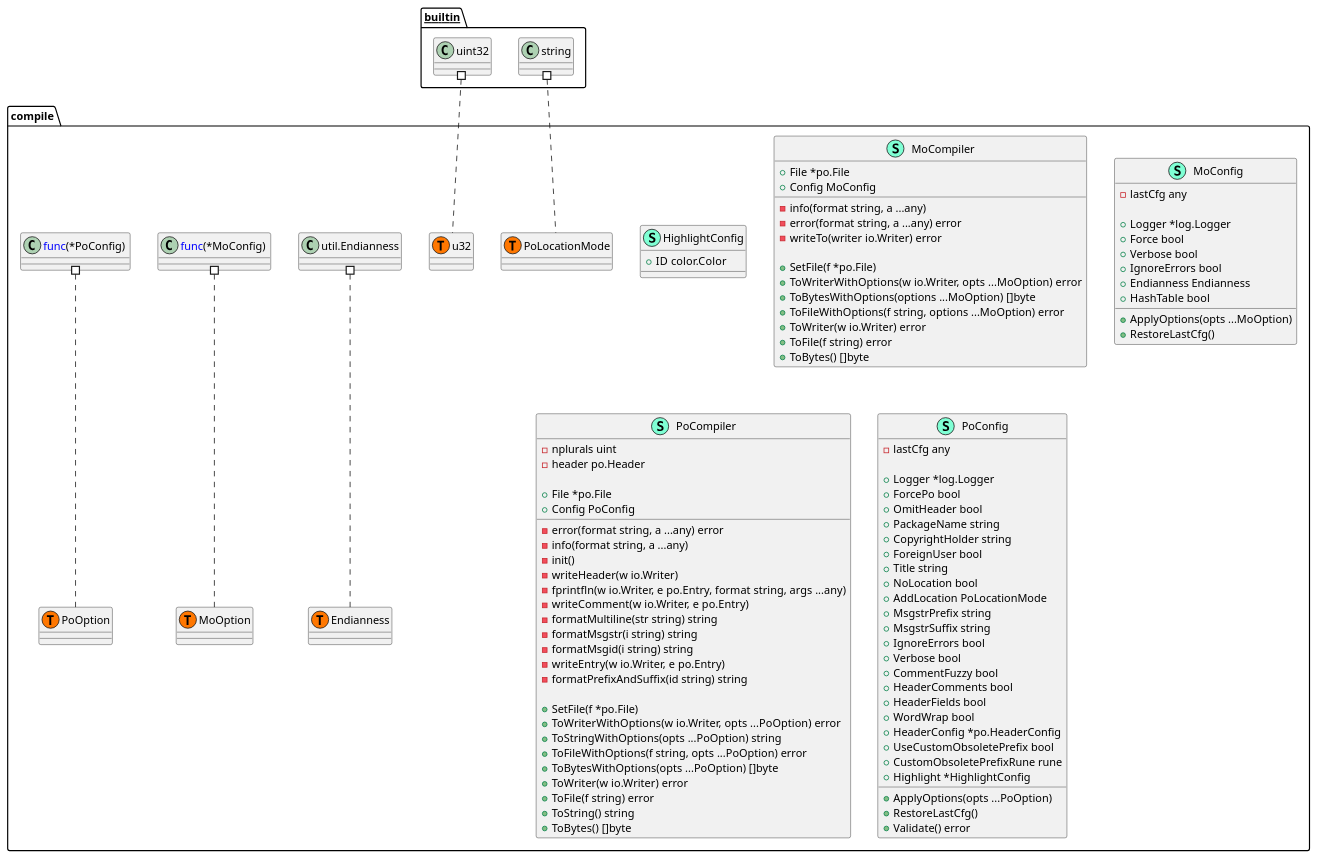
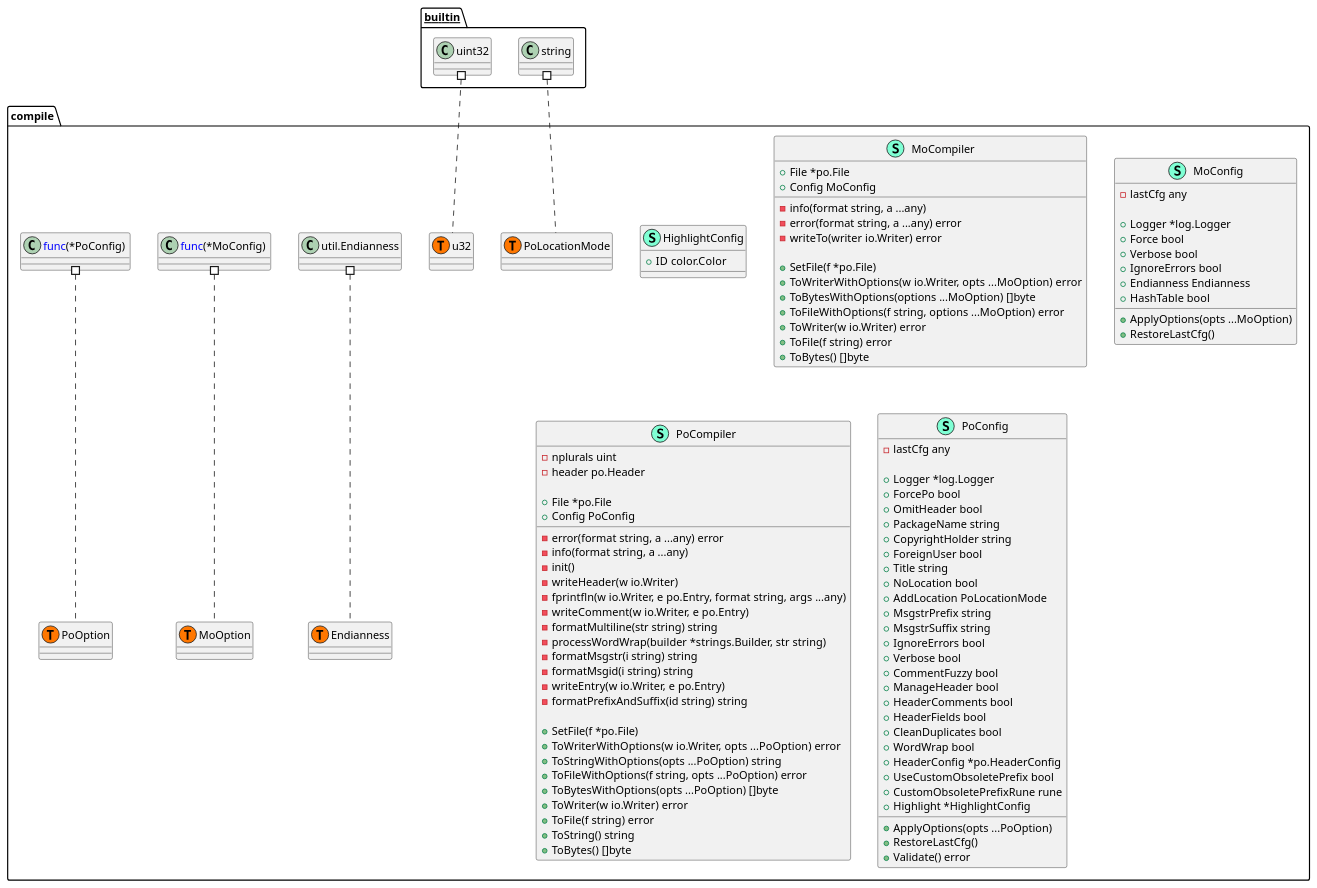
The diagram in pkg/po/compile/structure.puml (Tom5521/gotext-tools), drawn with PlantUML before and after one commit. The commit also changed 9 other files, not shown here.

```diff
--- a/pkg/po/compile/structure.puml
+++ b/pkg/po/compile/structure.puml
@@ -1,119 +1,122 @@
 @startuml
 namespace compile {
     class HighlightConfig << (S,Aquamarine) >> {
         + ID color.Color
 
     }
     class MoCompiler << (S,Aquamarine) >> {
         + File *po.File
         + Config MoConfig
 
         - info(format string, a ...any) 
         - error(format string, a ...any) error
         - writeTo(writer io.Writer) error
 
         + SetFile(f *po.File) 
         + ToWriterWithOptions(w io.Writer, opts ...MoOption) error
         + ToBytesWithOptions(options ...MoOption) []byte
         + ToFileWithOptions(f string, options ...MoOption) error
         + ToWriter(w io.Writer) error
         + ToFile(f string) error
         + ToBytes() []byte
 
     }
     class MoConfig << (S,Aquamarine) >> {
         - lastCfg any
 
         + Logger *log.Logger
         + Force bool
         + Verbose bool
         + IgnoreErrors bool
         + Endianness Endianness
         + HashTable bool
 
         + ApplyOptions(opts ...MoOption) 
         + RestoreLastCfg() 
 
     }
     class PoCompiler << (S,Aquamarine) >> {
         - nplurals uint
         - header po.Header
 
         + File *po.File
         + Config PoConfig
 
         - error(format string, a ...any) error
         - info(format string, a ...any) 
         - init() 
         - writeHeader(w io.Writer) 
         - fprintfln(w io.Writer, e po.Entry, format string, args ...any) 
         - writeComment(w io.Writer, e po.Entry) 
         - formatMultiline(str string) string
+        - processWordWrap(builder *strings.Builder, str string) 
         - formatMsgstr(i string) string
         - formatMsgid(i string) string
         - writeEntry(w io.Writer, e po.Entry) 
         - formatPrefixAndSuffix(id string) string
 
         + SetFile(f *po.File) 
         + ToWriterWithOptions(w io.Writer, opts ...PoOption) error
         + ToStringWithOptions(opts ...PoOption) string
         + ToFileWithOptions(f string, opts ...PoOption) error
         + ToBytesWithOptions(opts ...PoOption) []byte
         + ToWriter(w io.Writer) error
         + ToFile(f string) error
         + ToString() string
         + ToBytes() []byte
 
     }
     class PoConfig << (S,Aquamarine) >> {
         - lastCfg any
 
         + Logger *log.Logger
         + ForcePo bool
         + OmitHeader bool
         + PackageName string
         + CopyrightHolder string
         + ForeignUser bool
         + Title string
         + NoLocation bool
         + AddLocation PoLocationMode
         + MsgstrPrefix string
         + MsgstrSuffix string
         + IgnoreErrors bool
         + Verbose bool
         + CommentFuzzy bool
+        + ManageHeader bool
         + HeaderComments bool
         + HeaderFields bool
+        + CleanDuplicates bool
         + WordWrap bool
         + HeaderConfig *po.HeaderConfig
         + UseCustomObsoletePrefix bool
         + CustomObsoletePrefixRune rune
         + Highlight *HighlightConfig
 
         + ApplyOptions(opts ...PoOption) 
         + RestoreLastCfg() 
         + Validate() error
 
     }
     class compile.Endianness << (T, #FF7700) >>  {
     }
     class compile.MoOption << (T, #FF7700) >>  {
     }
     class compile.PoLocationMode << (T, #FF7700) >>  {
     }
     class compile.PoOption << (T, #FF7700) >>  {
     }
     class compile.u32 << (T, #FF7700) >>  {
     }
     class "util.Endianness" as utilEndianness {
         'This class was created so that we can correctly have an alias pointing to this name. Since it contains dots that can break namespaces
     }
 }
 
 
 "__builtin__.string" #.. "compile.PoLocationMode"
 "__builtin__.uint32" #.. "compile.u32"
 "compile.<font color=blue>func</font>(*MoConfig) " #.. "compile.MoOption"
 "compile.<font color=blue>func</font>(*PoConfig) " #.. "compile.PoOption"
 "compile.utilEndianness" #.. "compile.Endianness"
 @enduml
```
